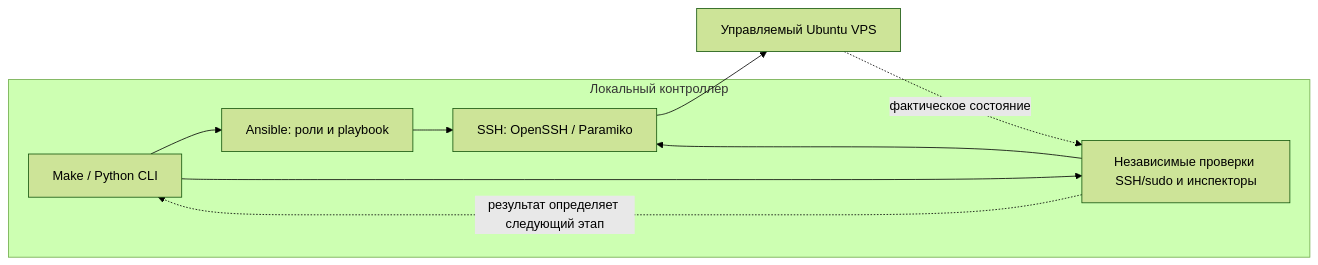
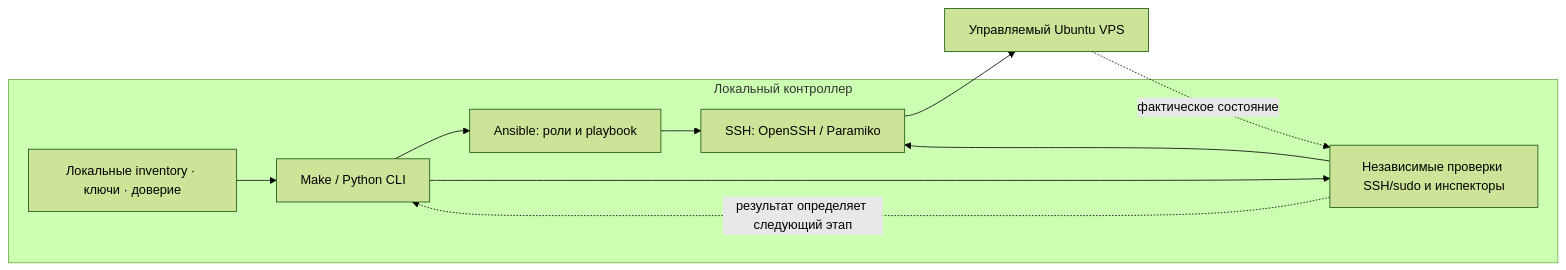
One commit to DanilFaritovich/portfolio-server-infrastructure changed the diagram in README.ru.md. Above: the diagram before and after it, drawn with Mermaid (forest theme). The commit also changed other lines of this file and 8 other files, not shown here.

````diff
--- a/README.ru.md
+++ b/README.ru.md
@@ -45,12 +45,13 @@
 ```mermaid
 flowchart LR
     subgraph Controller["Локальный контроллер"]
-        CLI["Make / Python CLI"] --> Ansible["Ansible: роли и playbook"]
+        State["Локальные inventory · ключи · доверие"] --> CLI["Make / Python CLI"]
+        CLI --> Ansible["Ansible: роли и playbook"]
         CLI --> Checks["Независимые проверки SSH/sudo и инспекторы"]
         Ansible --> SSH["SSH: OpenSSH / Paramiko"]
         Checks --> SSH
         Checks -. "результат определяет следующий этап" .-> CLI
     end
     SSH --> VPS["Управляемый Ubuntu VPS"]
     VPS -. "фактическое состояние" .-> Checks
 ```
````
